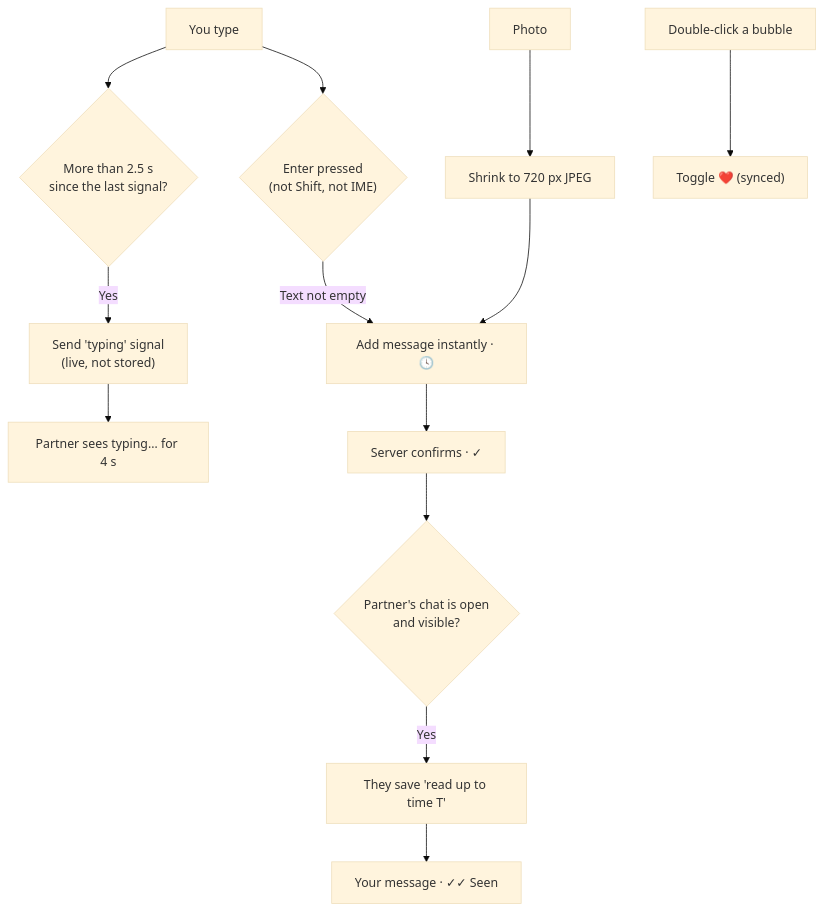
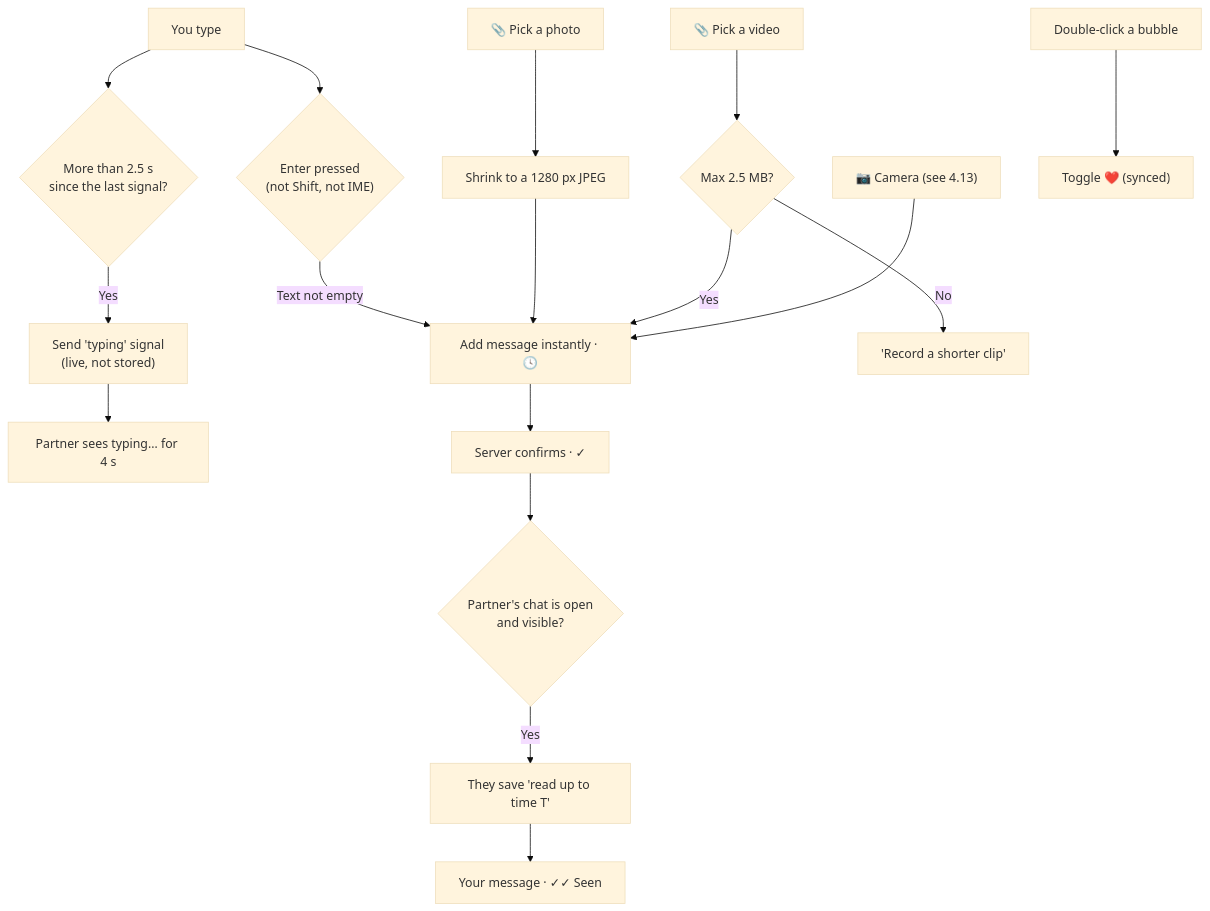
Diagram 12 of 27 in front-end/doc/04-flowcharts.md (silent-coder-dev/private-space), drawn with Mermaid (base theme) before and after one commit. The commit also changed other lines of this file and 144 other files, not shown here.

````diff
--- a/front-end/doc/04-flowcharts.md
+++ b/front-end/doc/04-flowcharts.md
@@ -256,14 +259,18 @@
 ```mermaid
 flowchart TD
     A["You type"] --> B{"More than 2.5 s<br/>since the last signal?"}
     B -->|"Yes"| C["Send 'typing' signal<br/>(live, not stored)"]
     C --> D["Partner sees typing… for 4 s"]
     A --> E{"Enter pressed<br/>(not Shift, not IME)"}
     E -->|"Text not empty"| F["Add message instantly · 🕓"]
     F --> G["Server confirms · ✓"]
     G --> H{"Partner's chat is open<br/>and visible?"}
     H -->|"Yes"| I["They save 'read up to time T'"]
     I --> J["Your message · ✓✓ Seen"]
-    K["Photo"] --> L["Shrink to 720 px JPEG"] --> F
+    K["📎 Pick a photo"] --> L["Shrink to a 1280 px JPEG"] --> F
+    K2["📎 Pick a video"] --> L2{"Max 2.5 MB?"}
+    L2 -->|"Yes"| F
+    L2 -->|"No"| L3["'Record a shorter clip'"]
+    CAM["📷 Camera (see 4.13)"] --> F
     M["Double-click a bubble"] --> N["Toggle ❤️ (synced)"]
 ```
````
